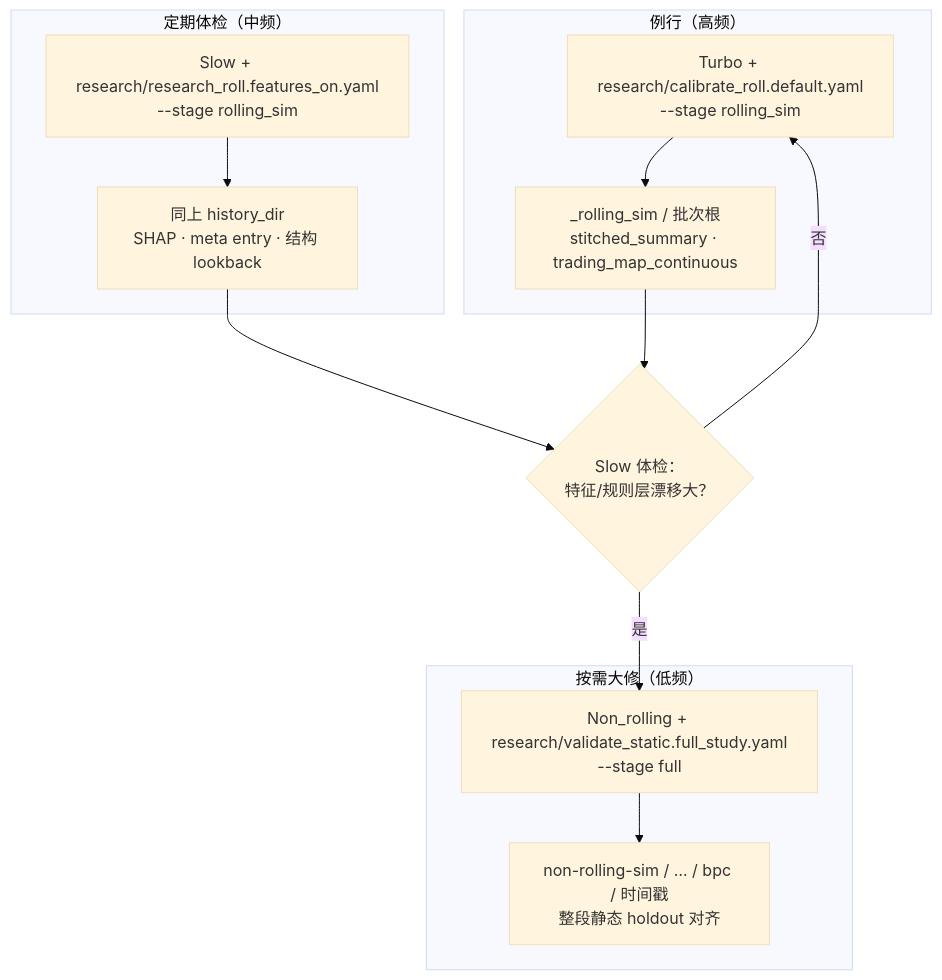
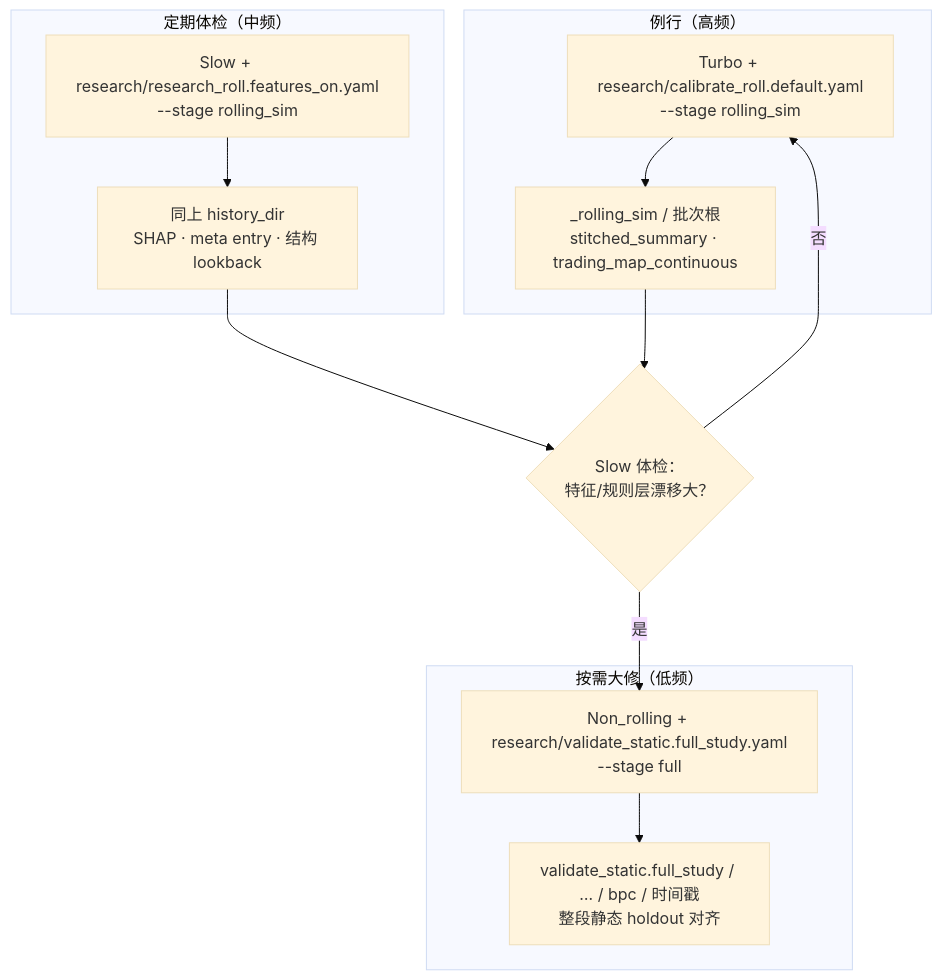
One commit to SnYang096/ml-trading-bot changed the first of 4 diagrams in README_CN.md. Above: the diagram before and after it, drawn with Mermaid (base theme). The commit also changed other lines of this file and 118 other files, not shown here.

````diff
--- a/README_CN.md
+++ b/README_CN.md
@@ -377,23 +377,23 @@
 ```mermaid
 flowchart TB
   subgraph routine["例行（高频）"]
     T["Turbo + research/calibrate_roll.default.yaml\n--stage rolling_sim"]
     T --> TR["_rolling_sim / 批次根\nstitched_summary · trading_map_continuous"]
   end
 
   subgraph periodic["定期体检（中频）"]
     S["Slow + research/research_roll.features_on.yaml\n--stage rolling_sim"]
     S --> SR["同上 history_dir\nSHAP · meta entry · 结构 lookback"]
   end
 
   subgraph heavy["按需大修（低频）"]
     N["Non_rolling + research/validate_static.full_study.yaml\n--stage full"]
-    N --> NR["non-rolling-sim / … / bpc / 时间戳\n整段静态 holdout 对齐"]
+    N --> NR["validate_static.full_study / … / bpc / 时间戳\n整段静态 holdout 对齐"]
   end
 
   TR --> Q{"Slow 体检：\n特征/规则层漂移大？"}
   Q -->|否| T
   Q -->|是| N
 
   SR --> Q
 ```
````
